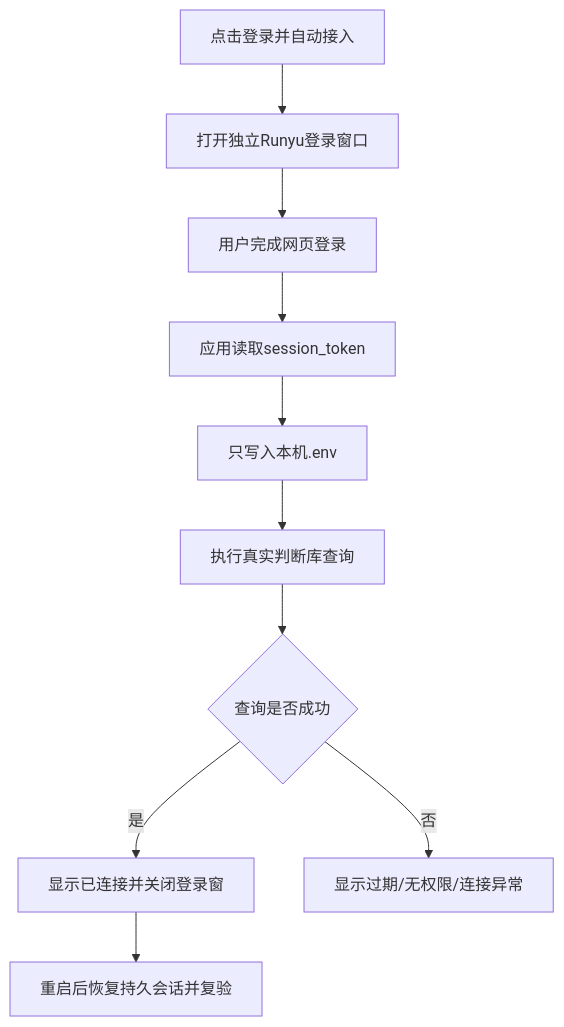
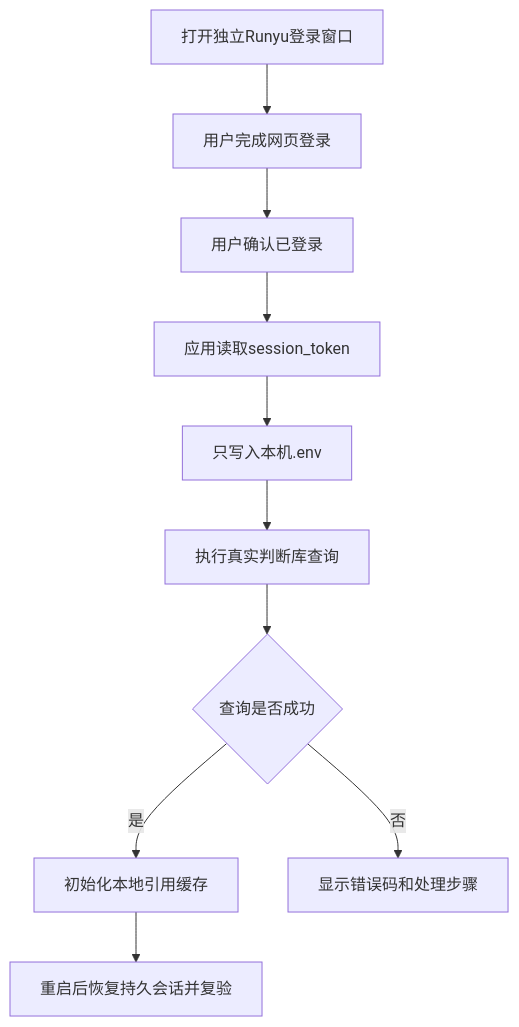
Before and after one commit to JahanHe/wechat-autoreply: the eighth of 9 diagrams in docs/project-journey.md, drawn with Mermaid. The commit also changed other lines of this file and 17 other files, not shown here.

````diff
--- a/docs/project-journey.md
+++ b/docs/project-journey.md
@@ -454,12 +455,12 @@
 ```mermaid
 flowchart TD
-  A["点击登录并自动接入"] --> B["打开独立Runyu登录窗口"]
-  B --> C["用户完成网页登录"]
+  A["打开独立Runyu登录窗口"] --> B["用户完成网页登录"]
+  B --> C["用户确认已登录"]
   C --> D["应用读取session_token"]
   D --> E["只写入本机.env"]
   E --> F["执行真实判断库查询"]
   F --> G{"查询是否成功"}
-  G -- "是" --> H["显示已连接并关闭登录窗"]
-  G -- "否" --> I["显示过期/无权限/连接异常"]
+  G -- "是" --> H["初始化本地引用缓存"]
+  G -- "否" --> I["显示错误码和处理步骤"]
   H --> J["重启后恢复持久会话并复验"]
 ```
````
